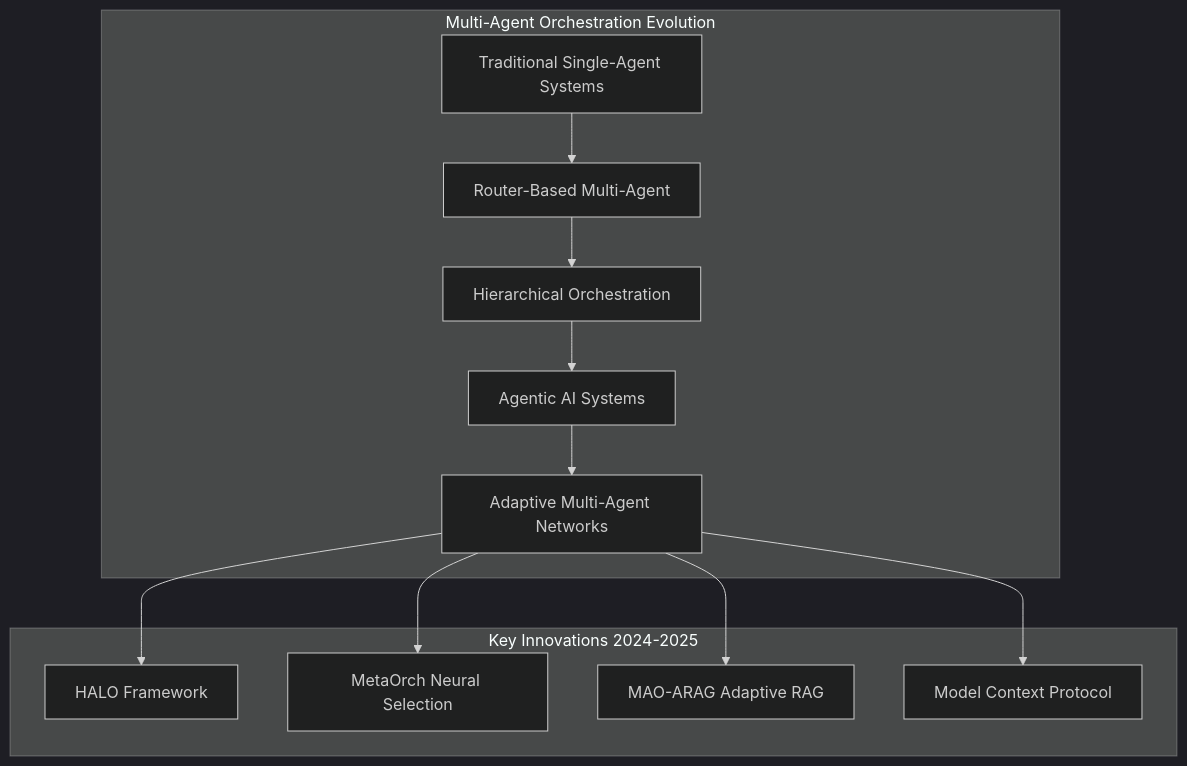
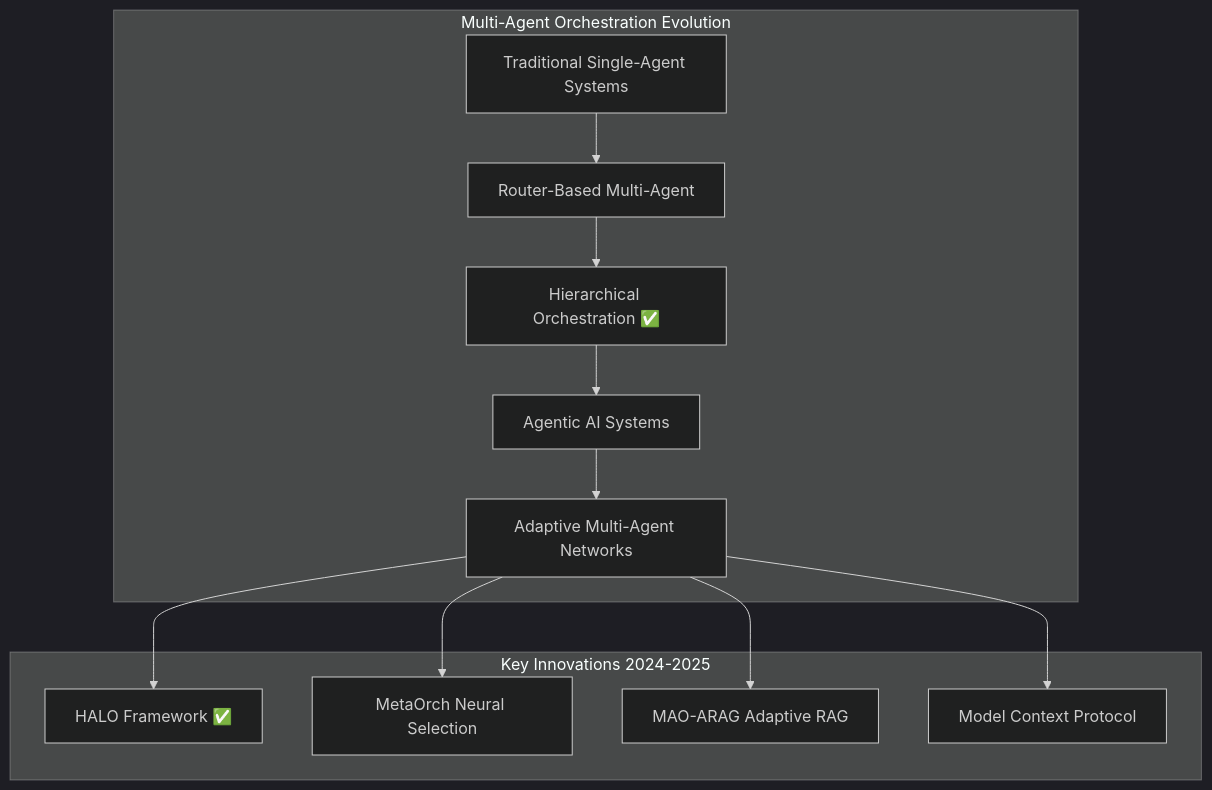
Before and after one commit to theodoremui/bioreasoning: the first of 16 diagrams in docs/multiagents_orchestration.md, drawn with Mermaid (dark theme). The commit also changed other lines of this file and 1 other file, not shown here.

````diff
--- a/docs/multiagents_orchestration.md
+++ b/docs/multiagents_orchestration.md
@@ -23,23 +25,23 @@
 ```mermaid
 graph TB
     subgraph "Multi-Agent Orchestration Evolution"
 
         A[Traditional Single-Agent Systems] --> B[Router-Based Multi-Agent]
-        B --> C[Hierarchical Orchestration]
+        B --> C[Hierarchical Orchestration ✅]
         C --> D[Agentic AI Systems]
         D --> E[Adaptive Multi-Agent Networks]
     
     end
     
     subgraph "Key Innovations 2024-2025"
-        F[HALO Framework]
+        F[HALO Framework ✅]
         G[MetaOrch Neural Selection]
         H[MAO-ARAG Adaptive RAG]
         I[Model Context Protocol]
     end
     
     E --> F
     E --> G
     E --> H
     E --> I
 ```
````
